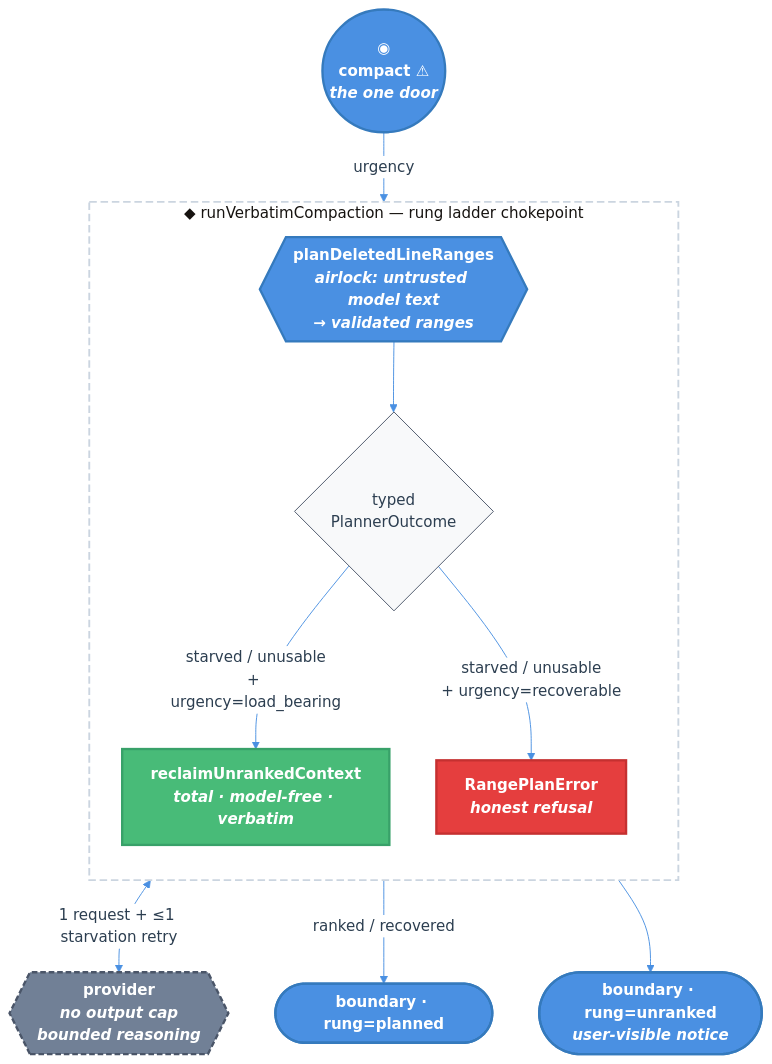
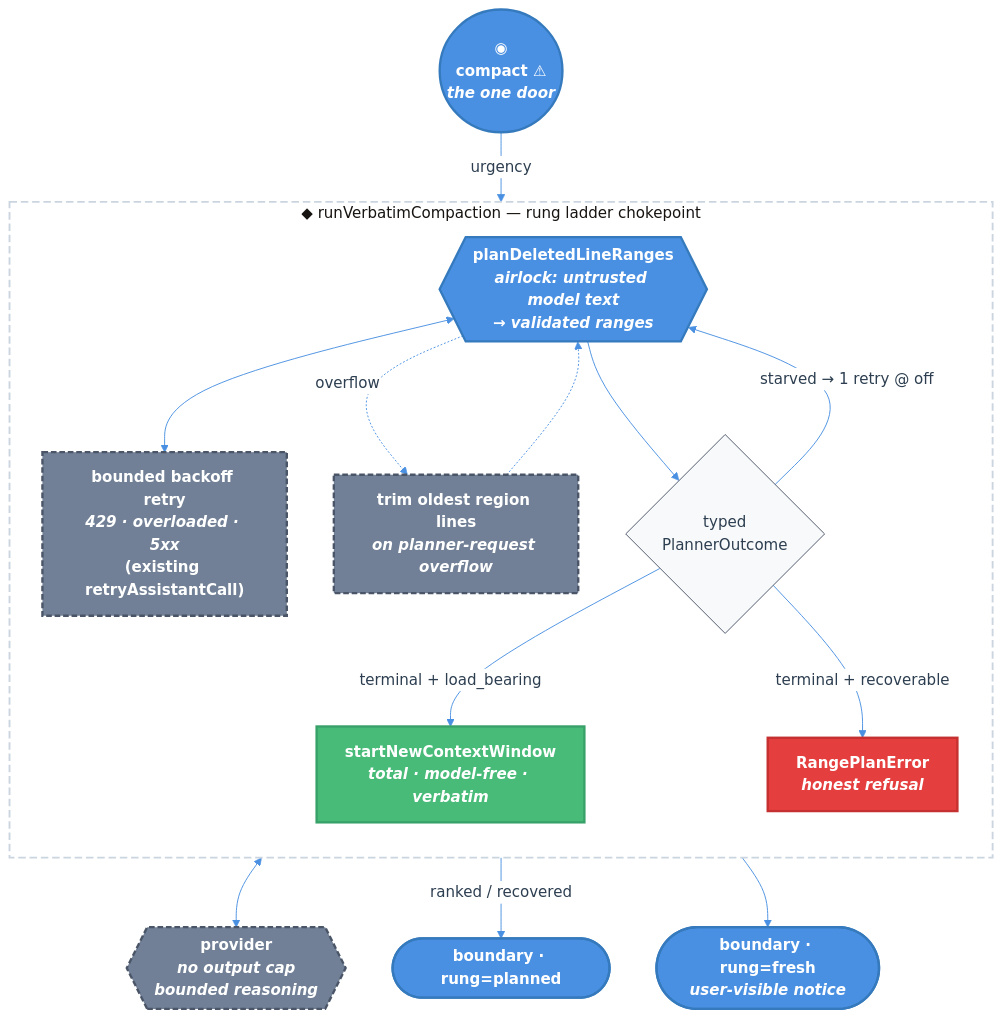
One commit to bastani-inc/atomic changed the diagram in specs/2026-07-27-compaction-fallback-rungs.md. Above: the diagram before and after it, drawn with Mermaid. The commit also changed other lines of this file, not shown here.

````diff
--- a/specs/2026-07-27-compaction-fallback-rungs.md
+++ b/specs/2026-07-27-compaction-fallback-rungs.md
@@ -136,29 +141,33 @@
 ```mermaid
 %%{init: {'theme':'base', 'themeVariables': { 'primaryColor':'#f8f9fa','primaryTextColor':'#2c3e50','primaryBorderColor':'#4a5568','lineColor':'#4a90e2','secondaryColor':'#ffffff','tertiaryColor':'#e9ecef','clusterBkg':'#ffffff','clusterBorder':'#cbd5e0'}}}%%
 flowchart TB
     classDef door fill:#4a90e2,stroke:#357abd,stroke-width:2.5px,color:#fff,font-weight:600
     classDef pure fill:#48bb78,stroke:#38a169,stroke-width:2.5px,color:#fff,font-weight:600
     classDef ext fill:#718096,stroke:#4a5568,stroke-width:2.5px,color:#fff,font-weight:600,stroke-dasharray:6 3
     classDef fail fill:#e53e3e,stroke:#c53030,stroke-width:2.5px,color:#fff,font-weight:600
 
     Caller(("◉<br><b>compact</b> ⚠<br><i>the one door</i>")):::door
 
     subgraph Ladder["◆ runVerbatimCompaction — rung ladder chokepoint"]
         direction TB
         Plan{{"<b>planDeletedLineRanges</b><br><i>airlock: untrusted model text<br>→ validated ranges</i>"}}:::door
+        Retry["bounded backoff retry<br><i>429 · overloaded · 5xx</i><br>(existing retryAssistantCall)"]:::ext
+        Trim["trim oldest region lines<br><i>on planner-request overflow</i>"]:::ext
         Outcome{"typed<br>PlannerOutcome"}
-        Unranked["<b>reclaimUnrankedContext</b><br><i>total · model-free · verbatim</i>"]:::pure
+        Fresh["<b>startNewContextWindow</b><br><i>total · model-free · verbatim</i>"]:::pure
         Fail["RangePlanError<br><i>honest refusal</i>"]:::fail
     end
 
     Provider{{"<b>provider</b><br><i>no output cap<br>bounded reasoning</i>"}}:::ext
 
     Caller -->|"urgency"| Plan
-    Plan <-->|"1 request + ≤1 starvation retry"| Provider
+    Plan <--> Retry <--> Provider
+    Plan -.->|"overflow"| Trim -.-> Plan
     Plan --> Outcome
     Outcome -->|"ranked / recovered"| Done(["boundary · rung=planned"]):::door
-    Outcome -->|"starved / unusable<br>+ urgency=load_bearing"| Unranked
-    Outcome -->|"starved / unusable<br>+ urgency=recoverable"| Fail
-    Unranked --> Done2(["boundary · rung=unranked<br><i>user-visible notice</i>"]):::door
+    Outcome -->|"starved → 1 retry @ off"| Plan
+    Outcome -->|"terminal + load_bearing"| Fresh
+    Outcome -->|"terminal + recoverable"| Fail
+    Fresh --> Done2(["boundary · rung=fresh<br><i>user-visible notice</i>"]):::door
     style Ladder fill:#fff,stroke:#cbd5e0,stroke-width:2px,stroke-dasharray:8 4
 ```
````
